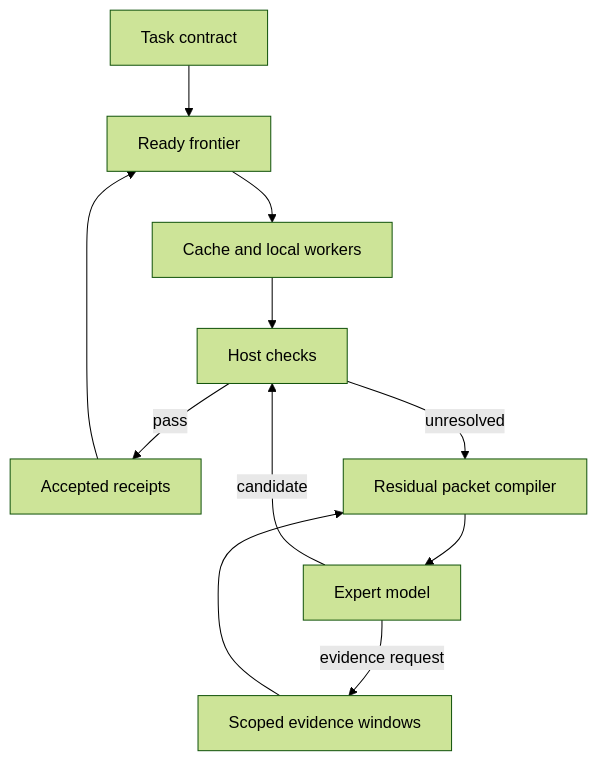
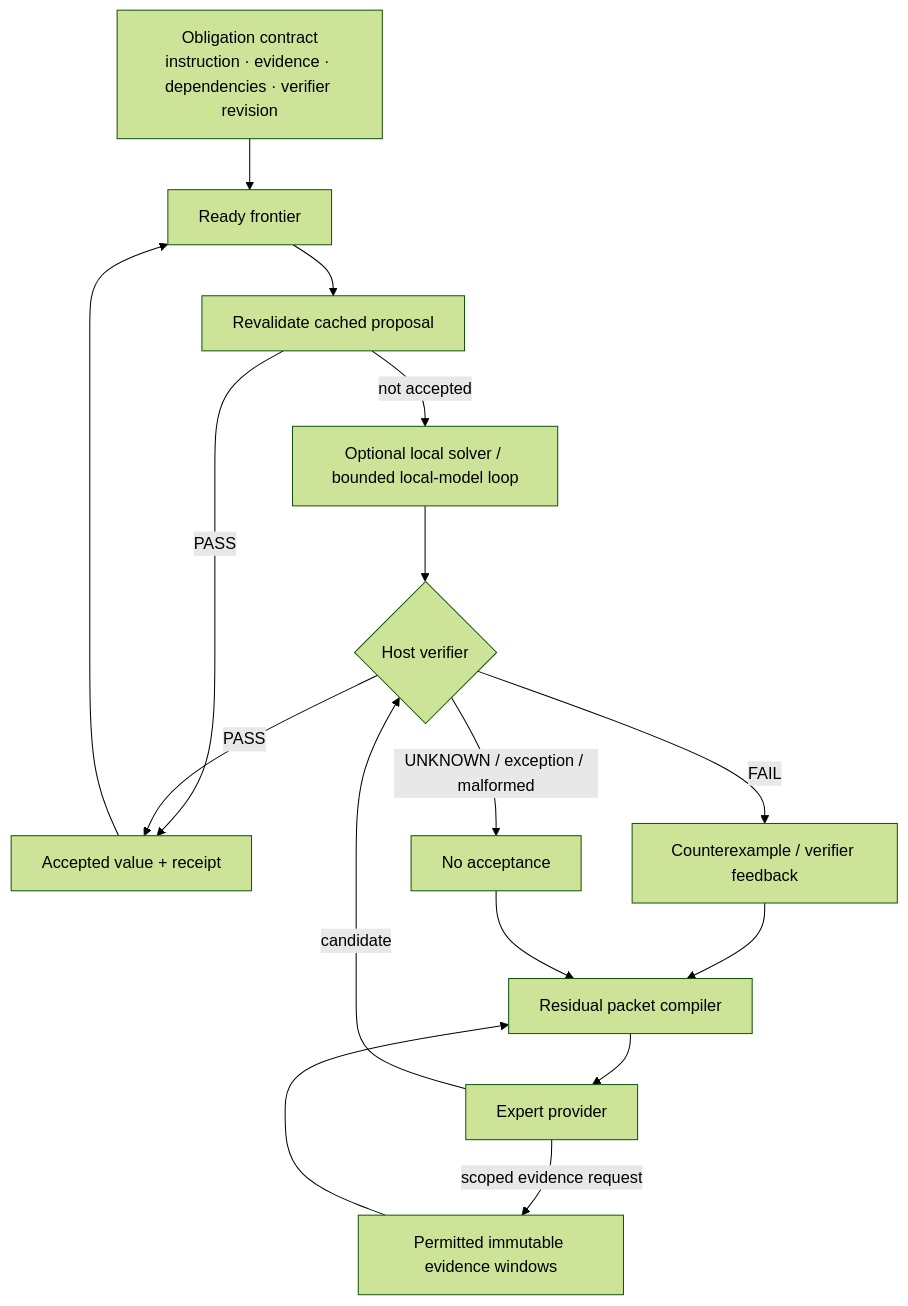
The diagram in docs/architecture.md (ninja-ops-guy/residual-agent-harness), drawn with Mermaid (forest theme) before and after one commit.

Commit message:
docs: clarify core verifier flow diagram

````diff
--- a/docs/architecture.md
+++ b/docs/architecture.md
@@ -7,13 +7,18 @@
 ```mermaid
 flowchart TD
-    T["Task contract"] --> F["Ready frontier"]
-    F --> L["Cache and local workers"]
-    L --> V["Host checks"]
-    V -->|pass| A["Accepted receipts"]
+    T["Obligation contract<br/>instruction · evidence · dependencies · verifier revision"] --> F["Ready frontier"]
+    F --> C["Revalidate cached proposal"]
+    C -->|not accepted| L["Optional local solver / bounded local-model loop"]
+    C -->|PASS| A["Accepted value + receipt"]
+    L --> V{"Host verifier"}
+    V -->|PASS| A
+    V -->|FAIL| X["Counterexample / verifier feedback"]
+    V -->|UNKNOWN / exception / malformed| N["No acceptance"]
+    X --> R["Residual packet compiler"]
+    N --> R
+    R --> E["Expert provider"]
+    E -->|candidate| V
+    E -->|scoped evidence request| W["Permitted immutable evidence windows"]
+    W --> R
     A --> F
-    V -->|unresolved| R["Residual packet compiler"]
-    R --> X["Expert model"]
-    X -->|candidate| V
-    X -->|evidence request| E["Scoped evidence windows"]
-    E --> R
 ```
````
